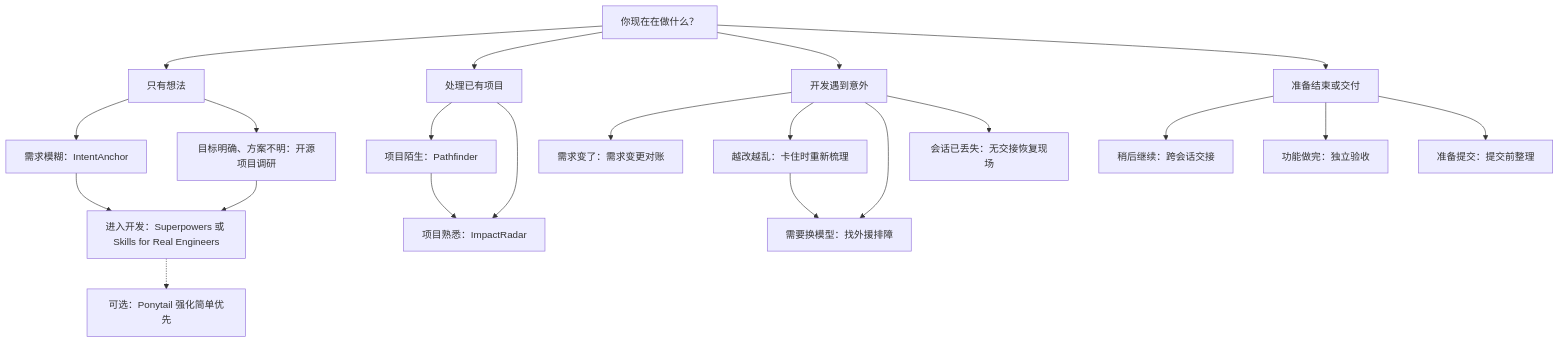
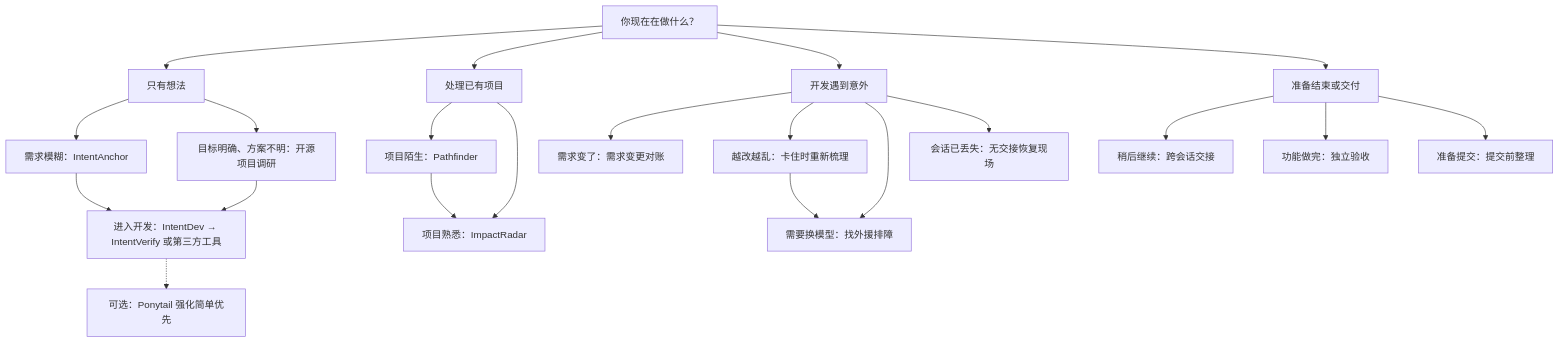
One commit to betterblueblue/blue-skillhub changed the diagram in README.md. Above: the diagram before and after it, drawn with Mermaid. The commit also changed other lines of this file, not shown here.

Commit message:
docs: 同步 README.md，补全 intent-dev/intent-verify 并更新检查项数量

````diff
--- a/README.md
+++ b/README.md
@@ -11,27 +11,27 @@
 ```mermaid
 flowchart TD
     A["你现在在做什么？"] --> B["只有想法"]
     A --> C["处理已有项目"]
     A --> D["开发遇到意外"]
     A --> E["准备结束或交付"]
 
     B --> B1["需求模糊：IntentAnchor"]
     B --> B2["目标明确、方案不明：开源项目调研"]
-    B1 --> B3["进入开发：Superpowers 或 Skills for Real Engineers"]
+    B1 --> B3["进入开发：IntentDev → IntentVerify 或第三方工具"]
     B2 --> B3
     B3 -.-> B4["可选：Ponytail 强化简单优先"]
 
     C --> C1["项目陌生：Pathfinder"]
     C --> C2["项目熟悉：ImpactRadar"]
     C1 --> C2
 
     D --> D1["需求变了：需求变更对账"]
     D --> D2["越改越乱：卡住时重新梳理"]
     D --> D3["需要换模型：找外援排障"]
     D --> D4["会话已丢失：无交接恢复现场"]
     D2 --> D3
 
     E --> E1["稍后继续：跨会话交接"]
     E --> E2["功能做完：独立验收"]
     E --> E3["准备提交：提交前整理"]
 ```
````
